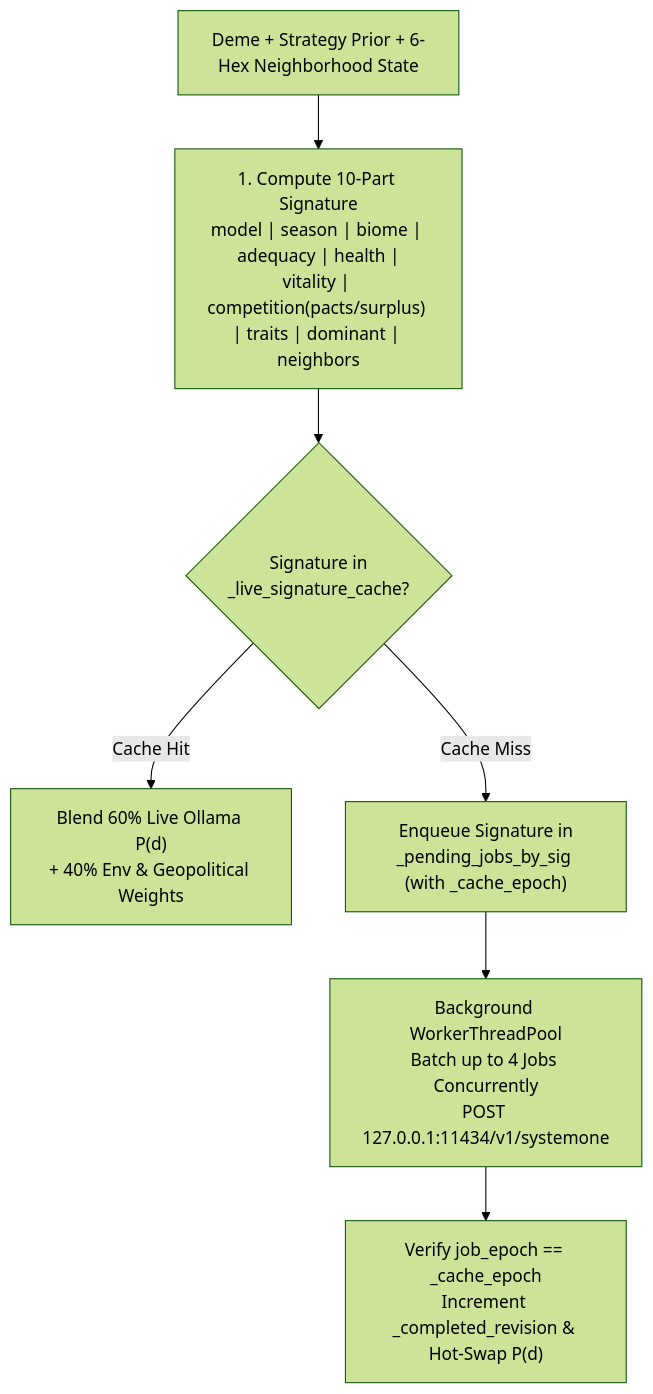
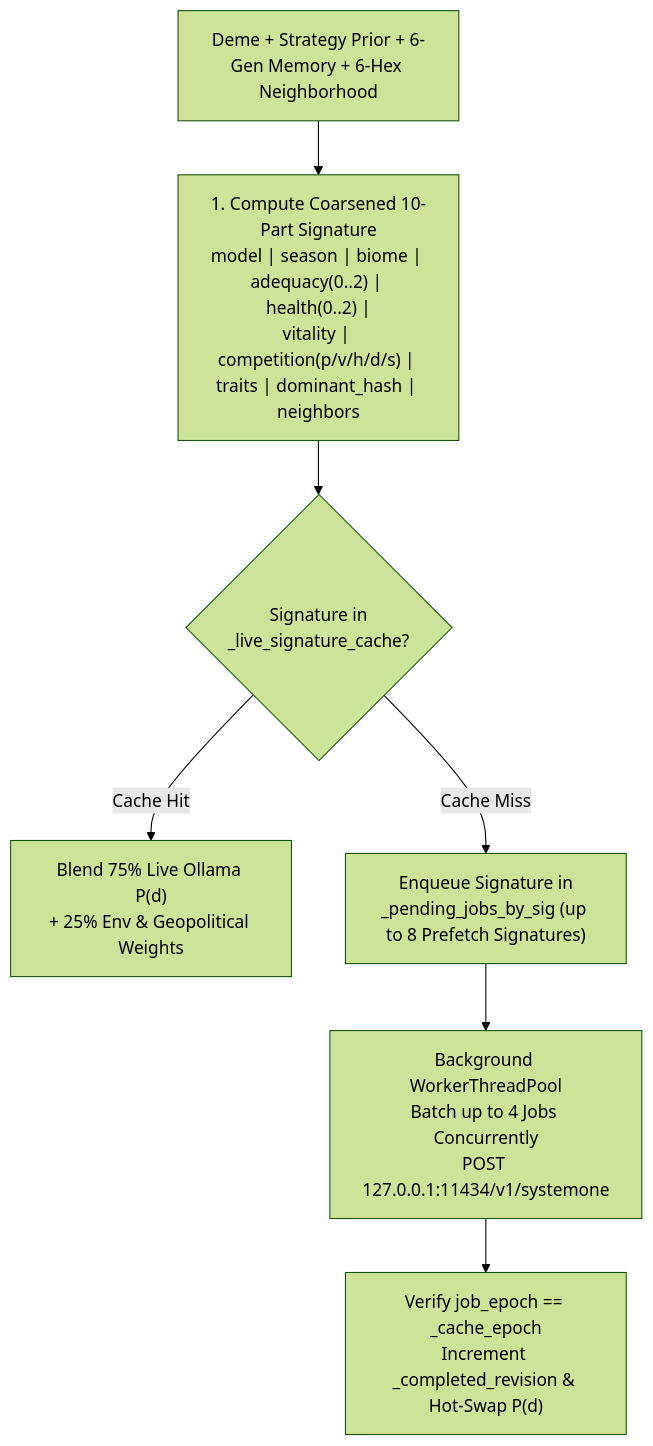
Before and after one commit to arrase/Evolution: the diagram in gh-pages/cognitive_engine.md, drawn with Mermaid (forest theme). The commit also changed other lines of this file and 35 other files, not shown here.

````diff
--- a/gh-pages/cognitive_engine.md
+++ b/gh-pages/cognitive_engine.md
@@ -11,9 +11,9 @@
 ```mermaid
 flowchart TD
-    Deme["Deme + Strategy Prior + 6-Hex Neighborhood State"] --> Sig["1. Compute 10-Part Signature\nmodel | season | biome | adequacy | health |\nvitality | competition(pacts/surplus) | traits | dominant | neighbors"]
+    Deme["Deme + Strategy Prior + 6-Gen Memory + 6-Hex Neighborhood"] --> Sig["1. Compute Coarsened 10-Part Signature\nmodel | season | biome | adequacy(0..2) | health(0..2) |\nvitality | competition(p/v/h/d/s) | traits | dominant_hash | neighbors"]
     Sig --> CacheCheck{"Signature in\n_live_signature_cache?"}
-    CacheCheck -- "Cache Hit" --> Blend["Blend 60% Live Ollama P(d)\n+ 40% Env & Geopolitical Weights"]
-    CacheCheck -- "Cache Miss" --> Queue["Enqueue Signature in\n_pending_jobs_by_sig (with _cache_epoch)"]
+    CacheCheck -- "Cache Hit" --> Blend["Blend 75% Live Ollama P(d)\n+ 25% Env & Geopolitical Weights"]
+    CacheCheck -- "Cache Miss" --> Queue["Enqueue Signature in\n_pending_jobs_by_sig (up to 8 Prefetch Signatures)"]
     Queue --> Worker["Background WorkerThreadPool\nBatch up to 4 Jobs Concurrently\nPOST 127.0.0.1:11434/v1/systemone"]
     Worker --> HotSwap["Verify job_epoch == _cache_epoch\nIncrement _completed_revision & Hot-Swap P(d)"]
 ```
````
